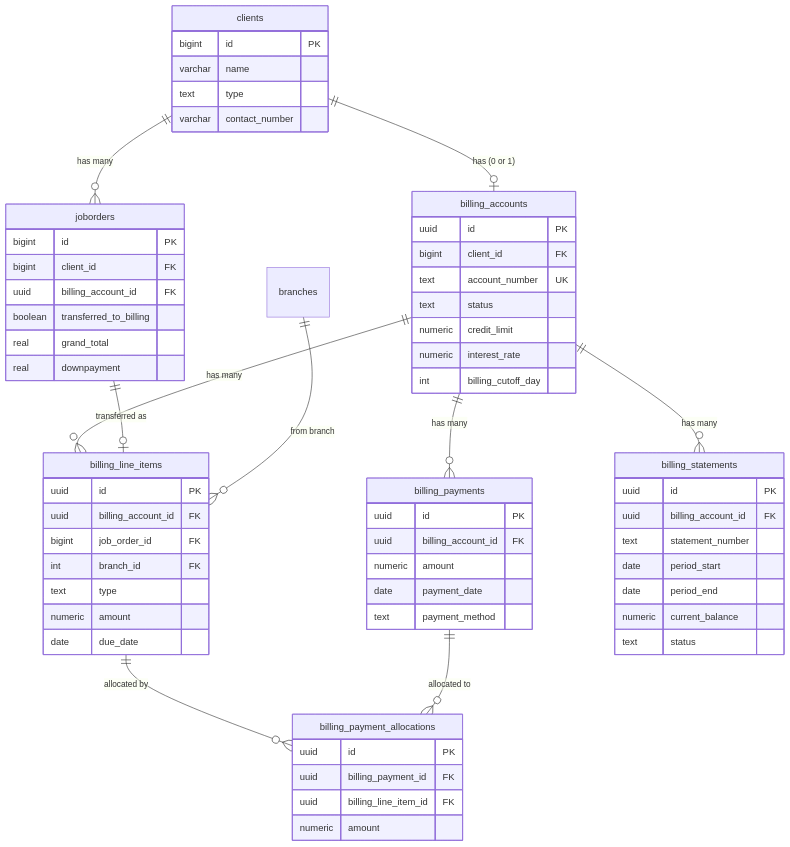
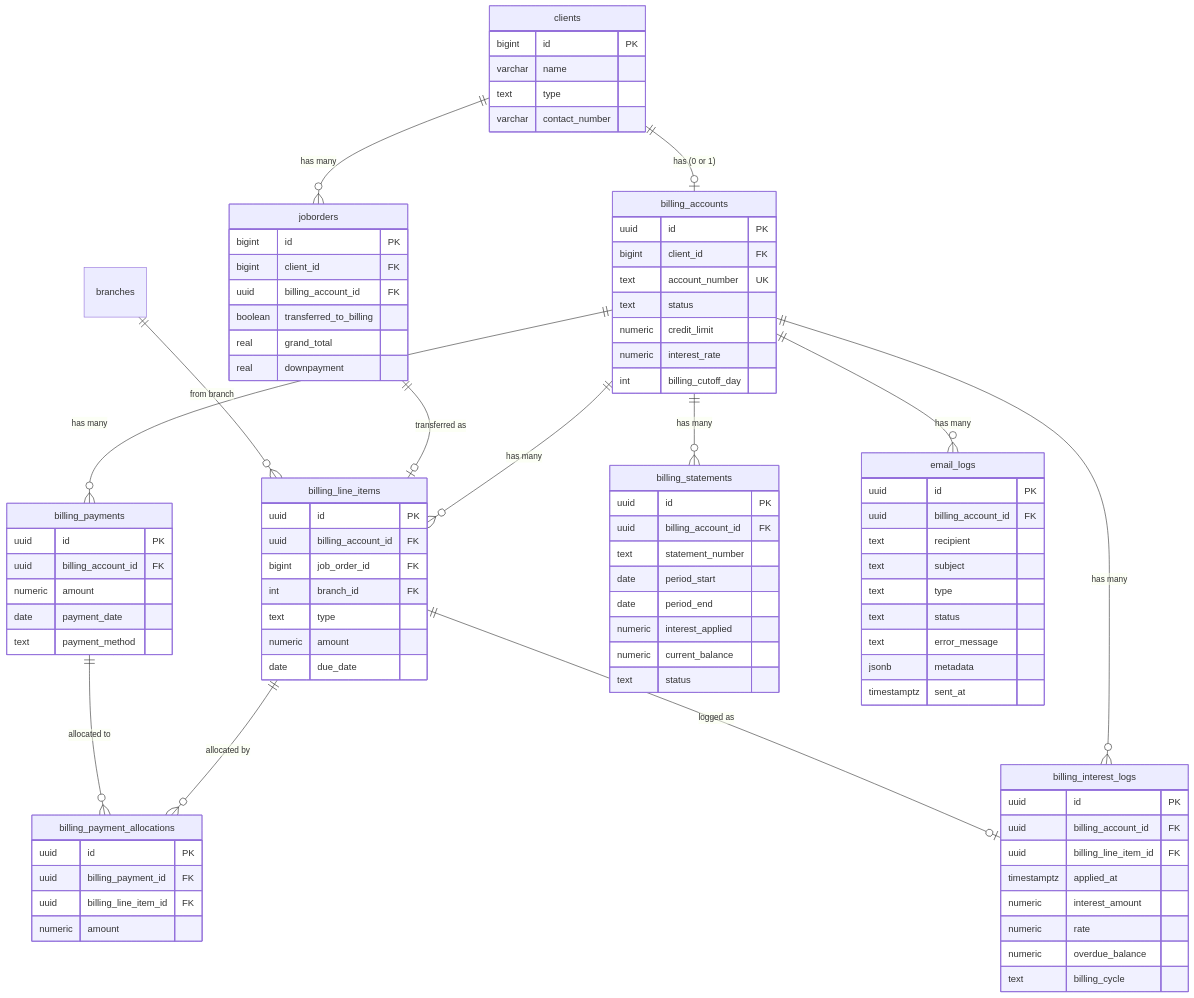
Before and after one commit to finnsatoshi03/rms-avisha-web-system: the second of 9 diagrams in docs/billing-system-workflow.md, drawn with Mermaid. The commit also changed other lines of this file and 14 other files, not shown here.

First line of the commit message:
feat: implement automated billing features with interest and email logs

```diff
--- a/docs/billing-system-workflow.md
+++ b/docs/billing-system-workflow.md
@@ -58,7 +58,10 @@
     billing_accounts ||--o{ billing_line_items : "has many"
     billing_accounts ||--o{ billing_payments : "has many"
     billing_accounts ||--o{ billing_statements : "has many"
+    billing_accounts ||--o{ billing_interest_logs : "has many"
+    billing_accounts ||--o{ email_logs : "has many"
     billing_line_items ||--o{ billing_payment_allocations : "allocated by"
+    billing_line_items ||--o| billing_interest_logs : "logged as"
     billing_payments ||--o{ billing_payment_allocations : "allocated to"
     joborders ||--o| billing_line_items : "transferred as"
     branches ||--o{ billing_line_items : "from branch"
@@ -111,8 +114,32 @@
         text statement_number
         date period_start
         date period_end
+        numeric interest_applied
         numeric current_balance
         text status
+    }
+
+    billing_interest_logs {
+        uuid id PK
+        uuid billing_account_id FK
+        uuid billing_line_item_id FK
+        timestamptz applied_at
+        numeric interest_amount
+        numeric rate
+        numeric overdue_balance
+        text billing_cycle
+    }
+
+    email_logs {
+        uuid id PK
+        uuid billing_account_id FK
+        text recipient
+        text subject
+        text type
+        text status
+        text error_message
+        jsonb metadata
+        timestamptz sent_at
     }
 
     joborders {
```
